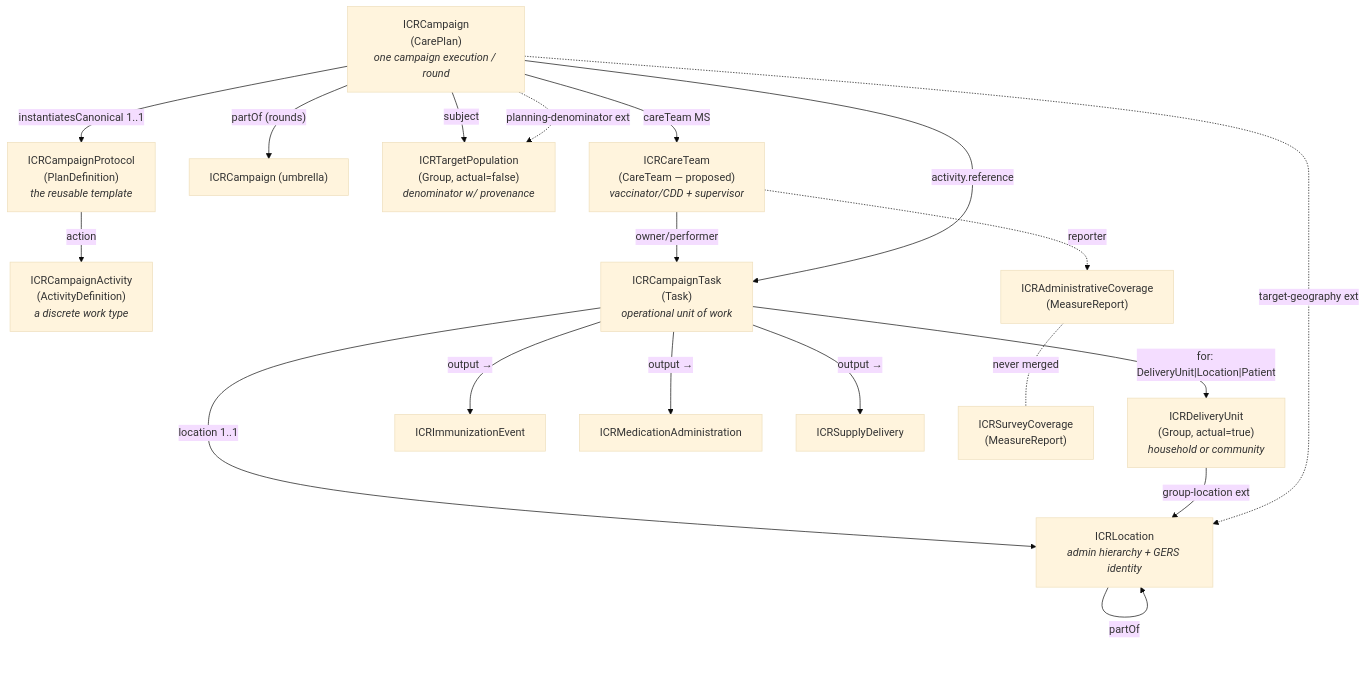
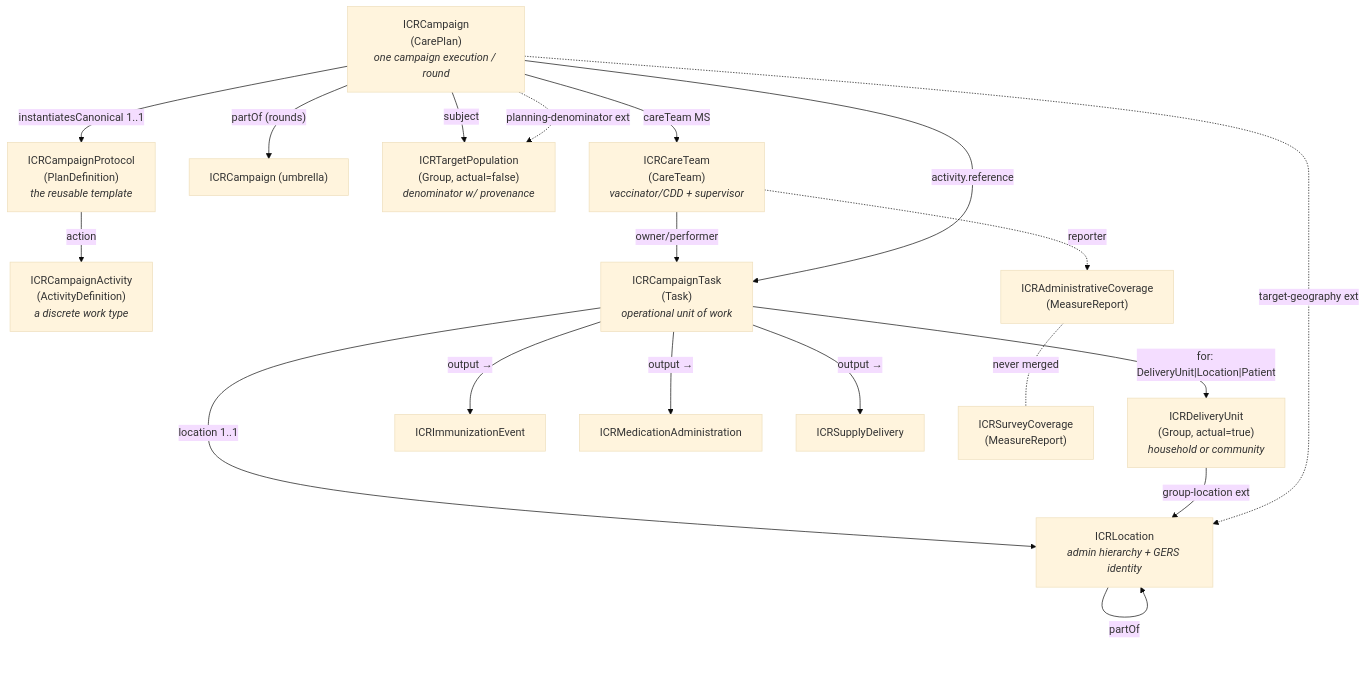
One commit to recodelabs/icr changed the first of 5 diagrams in project/ig-summary.md. Above: the diagram before and after it, drawn with Mermaid (base theme). The commit also changed other lines of this file, not shown here.

````diff
--- a/project/ig-summary.md
+++ b/project/ig-summary.md
@@ -187,36 +187,36 @@
 ```mermaid
 graph TD
     PD["ICRCampaignProtocol<br/>(PlanDefinition)<br/><i>the reusable template</i>"]
     AD["ICRCampaignActivity<br/>(ActivityDefinition)<br/><i>a discrete work type</i>"]
     CP["ICRCampaign<br/>(CarePlan)<br/><i>one campaign execution / round</i>"]
     CPU["ICRCampaign (umbrella)"]
     T["ICRCampaignTask<br/>(Task)<br/><i>operational unit of work</i>"]
     TP["ICRTargetPopulation<br/>(Group, actual=false)<br/><i>denominator w/ provenance</i>"]
     HH["ICRDeliveryUnit<br/>(Group, actual=true)<br/><i>household or community</i>"]
     L["ICRLocation<br/><i>admin hierarchy + GERS identity</i>"]
     IMM["ICRImmunizationEvent"]
     MED["ICRMedicationAdministration"]
     SUP["ICRSupplyDelivery"]
     AC["ICRAdministrativeCoverage<br/>(MeasureReport)"]
     SC["ICRSurveyCoverage<br/>(MeasureReport)"]
-    CT["ICRCareTeam<br/>(CareTeam — proposed)<br/><i>vaccinator/CDD + supervisor</i>"]
+    CT["ICRCareTeam<br/>(CareTeam)<br/><i>vaccinator/CDD + supervisor</i>"]
 
     PD -- "action" --> AD
     CP -- "instantiatesCanonical 1..1" --> PD
     CP -- "partOf (rounds)" --> CPU
     CP -- "subject" --> TP
     CP -- "careTeam MS" --> CT
     CT -- "owner/performer" --> T
     CT -. "reporter" .-> AC
     CP -- "activity.reference" --> T
     T -- "for: DeliveryUnit|Location|Patient" --> HH
     T -- "location 1..1" --> L
     T -- "output →" --> IMM
     T -- "output →" --> MED
     T -- "output →" --> SUP
     HH -- "group-location ext" --> L
     L -- "partOf" --> L
     CP -. "planning-denominator ext" .-> TP
     CP -. "target-geography ext" .-> L
     AC -. "never merged" .- SC
 ```
````
